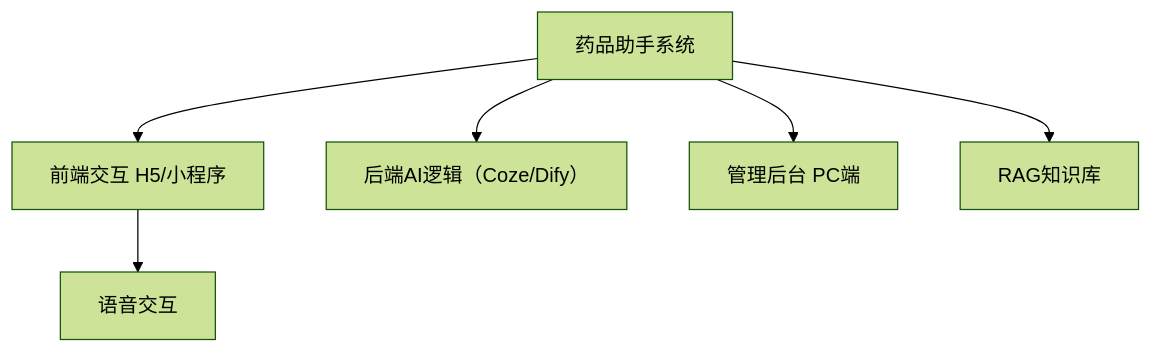
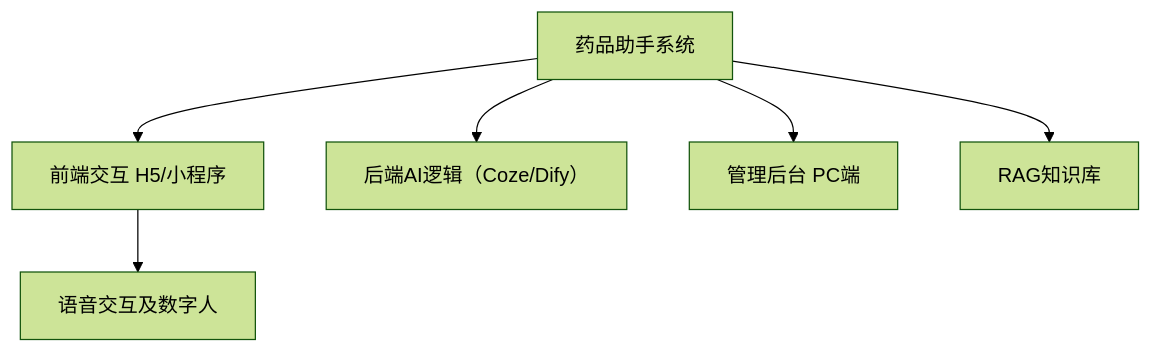
One commit to funnyData/iodraw-files changed the diagram in all/未命名.md. Above: the diagram before and after it, drawn with Mermaid (forest theme).

Commit message:
2025-02-21 13:54:24 update

````diff
--- a/all/未命名.md
+++ b/all/未命名.md
@@ -1,7 +1,7 @@
 ```mermaid
 graph TD
-    A[药品助手系统] --> B[前端交互 H5/小程序] --> F[语音交互]
+    A[药品助手系统] --> B[前端交互 H5/小程序] --> F[语音交互及数字人]
     A --> C[后端AI逻辑（Coze/Dify）]
     A --> D[管理后台 PC端]
     A --> E[RAG知识库]
 ```
````
